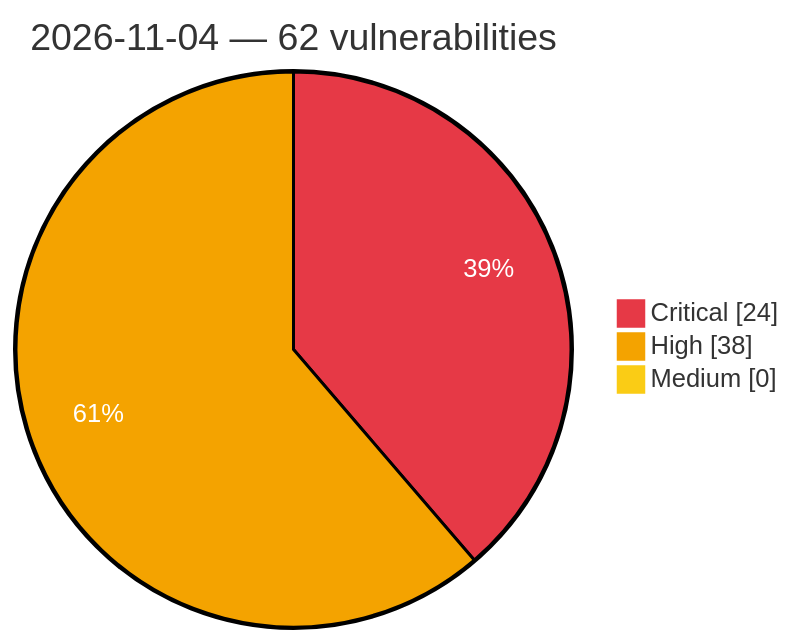
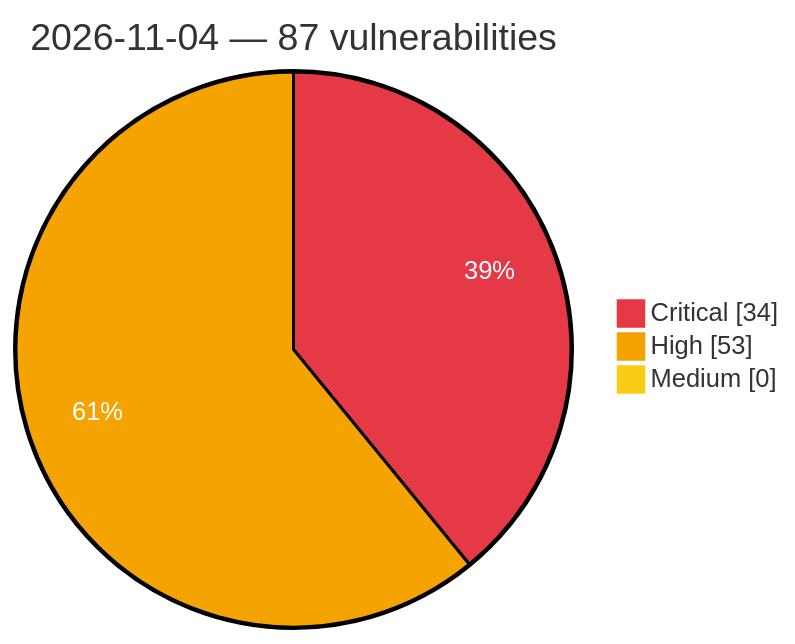
Before and after one commit to GhostX0X/vuln-tracker: the diagram in vulnerabilities/2026/November/2026-11-04.md, drawn with Mermaid. The commit also changed other lines of this file and 5 other files, not shown here.

Commit message:
Auto update: critical/high vulns (2026-11-04 22:53 UTC)

````diff
--- a/vulnerabilities/2026/November/2026-11-04.md
+++ b/vulnerabilities/2026/November/2026-11-04.md
@@ -3,8 +3,8 @@
 ```mermaid
 %%{init: {'theme':'base', 'themeVariables': {'pie1':'#e63946', 'pie2':'#f4a300', 'pie3':'#facc15', 'pieOpacity':'1', 'pieOuterStrokeWidth':'2px', 'pieSectionTextColor':'#ffffff'}}}%%
 pie showData
-    title 2026-11-04 — 62 vulnerabilities
-    "Critical" : 24
-    "High" : 38
+    title 2026-11-04 — 87 vulnerabilities
+    "Critical" : 34
+    "High" : 53
     "Medium" : 0
 ```
````
